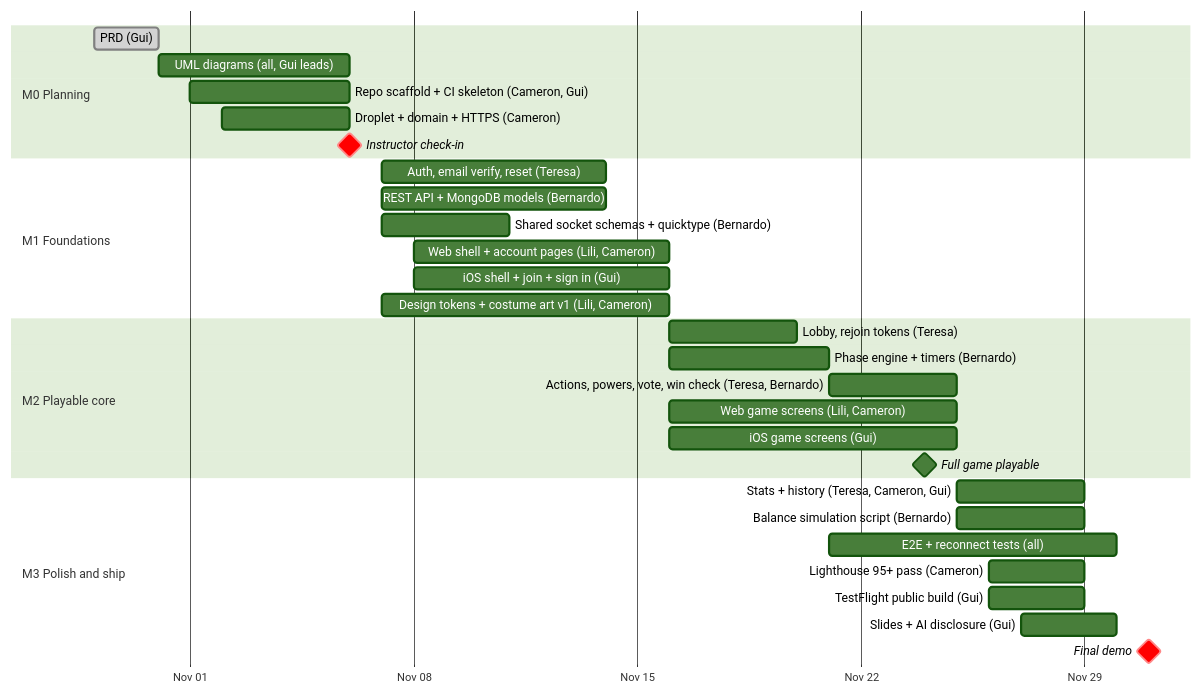
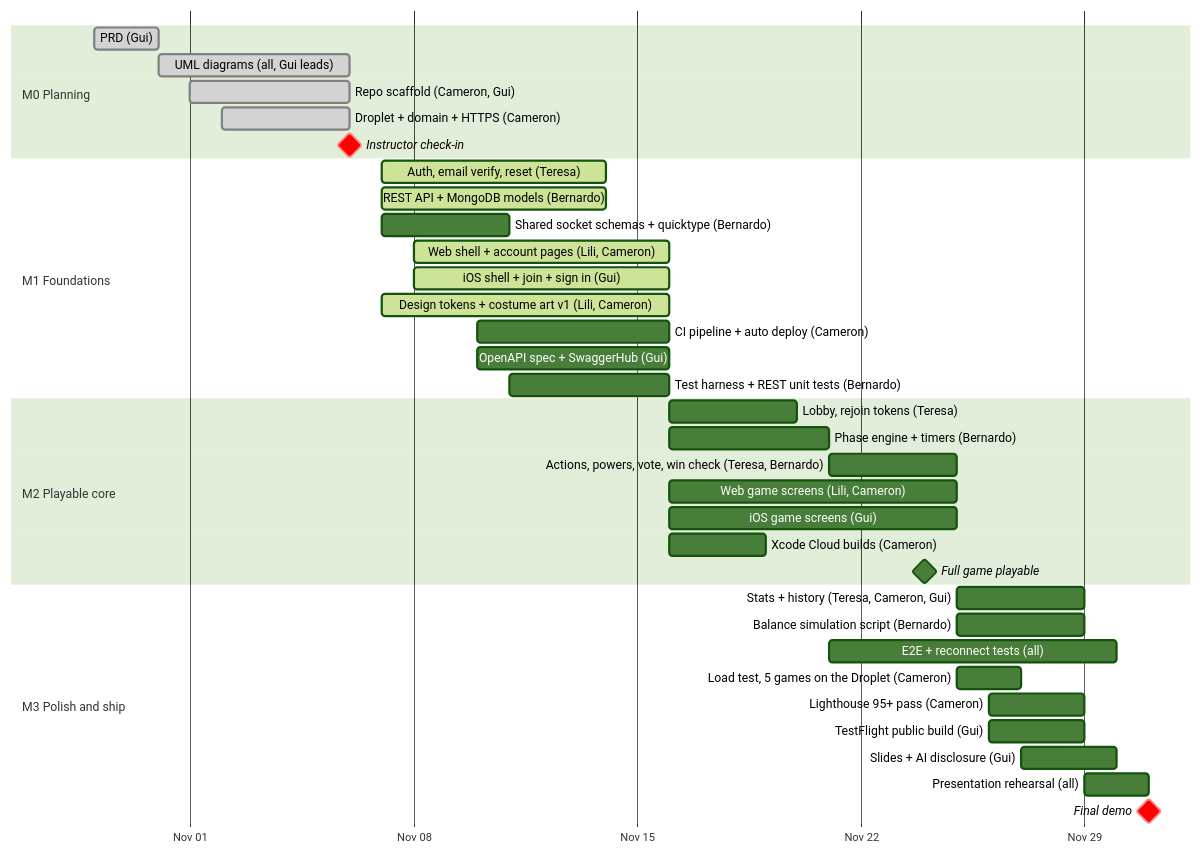
The diagram in resources/diagrams/gantt.mmd (ucfdevs/teraphobia), drawn with Mermaid (forest theme) before and after one commit. The commit also changed 2 other files, not shown here.

Commit message:
update gantt with current progress and remaining work

```diff
--- a/resources/diagrams/gantt.mmd
+++ b/resources/diagrams/gantt.mmd
@@ -1,37 +1,43 @@
 gantt
     dateFormat YYYY-MM-DD
     axisFormat %b %d
-    todayMarker off
+    todayMarker stroke:#F59A3C,stroke-width:3px
     tickInterval 1week
 
     section M0 Planning
     PRD (Gui)                              :done,    prd,   2026-10-29, 2d
-    UML diagrams (all, Gui leads)      :         diag,  2026-10-31, 6d
-    Repo scaffold + CI skeleton (Cameron, Gui)  :         scaf,  2026-11-01, 5d
-    Droplet + domain + HTTPS (Cameron)     :         drop,  2026-11-02, 4d
+    UML diagrams (all, Gui leads)      :done,    diag,  2026-10-31, 6d
+    Repo scaffold (Cameron, Gui)           :done,    scaf,  2026-11-01, 5d
+    Droplet + domain + HTTPS (Cameron)     :done,    drop,  2026-11-02, 4d
     Instructor check-in                    :crit, milestone, chk, 2026-11-06, 0d
 
     section M1 Foundations
-    Auth, email verify, reset (Teresa)     :         auth,  2026-11-07, 7d
-    REST API + MongoDB models (Bernardo)   :         rest,  2026-11-07, 7d
+    Auth, email verify, reset (Teresa)     :active,  auth,  2026-11-07, 7d
+    REST API + MongoDB models (Bernardo)   :active,  rest,  2026-11-07, 7d
     Shared socket schemas + quicktype (Bernardo) :   sch,   2026-11-07, 4d
-    Web shell + account pages (Lili, Cameron)       :         webs,  2026-11-08, 8d
-    iOS shell + join + sign in (Gui)       :         ioss,  2026-11-08, 8d
-    Design tokens + costume art v1 (Lili, Cameron) :     tok,   2026-11-07, 9d
+    Web shell + account pages (Lili, Cameron)       :active,  webs,  2026-11-08, 8d
+    iOS shell + join + sign in (Gui)       :active,  ioss,  2026-11-08, 8d
+    Design tokens + costume art v1 (Lili, Cameron) :active, tok,   2026-11-07, 9d
+    CI pipeline + auto deploy (Cameron)    :         ci,    2026-11-10, 6d
+    OpenAPI spec + SwaggerHub (Gui)        :         api,   2026-11-10, 6d
+    Test harness + REST unit tests (Bernardo) :      tst,   2026-11-11, 5d
 
     section M2 Playable core
     Lobby, rejoin tokens (Teresa)          :         lob,   2026-11-16, 4d
     Phase engine + timers (Bernardo)       :         eng,   2026-11-16, 5d
     Actions, powers, vote, win check (Teresa, Bernardo) : act, after eng, 4d
     Web game screens (Lili, Cameron)                :         webg,  2026-11-16, 9d
     iOS game screens (Gui)                 :         iosg,  2026-11-16, 9d
+    Xcode Cloud builds (Cameron)           :         xcc,   2026-11-16, 3d
     Full game playable                     :milestone, play, 2026-11-24, 0d
 
     section M3 Polish and ship
     Stats + history (Teresa, Cameron, Gui)    :         stat,  2026-11-25, 4d
     Balance simulation script (Bernardo)   :         bal,   2026-11-25, 4d
     E2E + reconnect tests (all)   :         e2e,   2026-11-21, 9d
+    Load test, 5 games on the Droplet (Cameron) :     load,  2026-11-25, 2d
     Lighthouse 95+ pass (Cameron)             :         lh,    2026-11-26, 3d
     TestFlight public build (Gui)          :         tf,    2026-11-26, 3d
     Slides + AI disclosure (Gui)       :         sli,   2026-11-27, 3d
+    Presentation rehearsal (all)           :         reh,   2026-11-29, 2d
     Final demo                             :crit, milestone, demo, 2026-12-01, 0d
```
